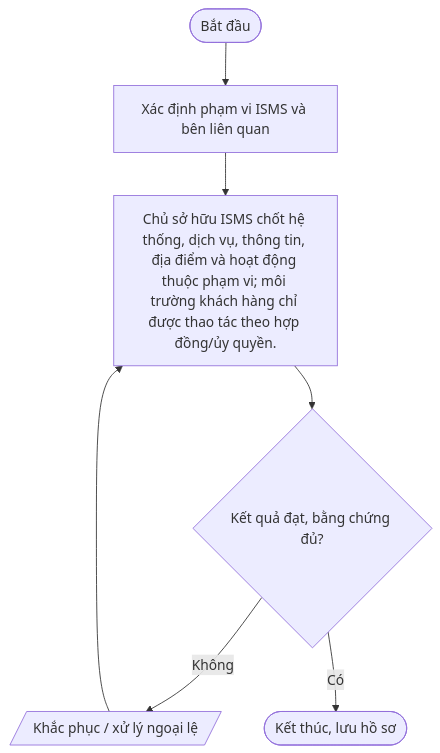
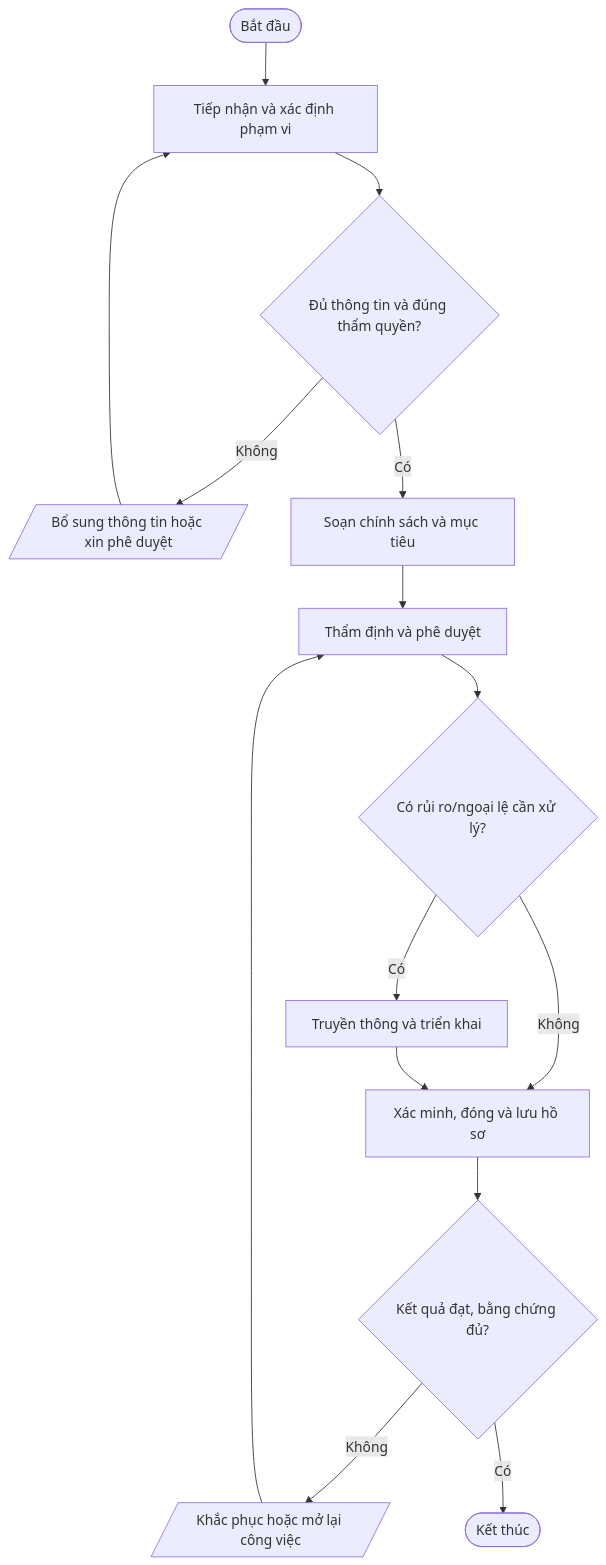
One commit to daoaigiangnam/Quy_Trinh_Chuan changed the first of 7 diagrams in quy-trinh/01-Quan-tri-ISMS/README.md. Above: the diagram before and after it, drawn with Mermaid. The commit also changed other lines of this file, not shown here.

Commit message:
docs: refine detailed procedure steps and Mermaid flowcharts

````diff
--- a/quy-trinh/01-Quan-tri-ISMS/README.md
+++ b/quy-trinh/01-Quan-tri-ISMS/README.md
@@ -50,11 +53,17 @@
 ```mermaid
 flowchart TD
-  A([Bắt đầu]) --> S1
-  S1["Xác định phạm vi ISMS và bên liên quan"]
-  S2["Chủ sở hữu ISMS chốt hệ thống, dịch vụ, thông tin, địa điểm và hoạt động thuộc phạm vi; môi trường khách hàng chỉ được thao tác theo hợp đồng/ủy quyền."]
-  S1 --> S2
-  S2 --> D2{"Kết quả đạt, bằng chứng đủ?"}
-  D2 -- Không --> REWORK[/"Khắc phục / xử lý ngoại lệ"/]
-  REWORK --> S2
-  D2 -- Có --> Z([Kết thúc, lưu hồ sơ])
+  A([Bắt đầu]) --> S1["Tiếp nhận và xác định phạm vi"]
+  S1 --> D1{"Đủ thông tin và đúng thẩm quyền?"}
+  D1 -- Không --> F1[/"Bổ sung thông tin hoặc xin phê duyệt"/]
+  F1 --> S1
+  D1 -- Có --> S2["Soạn chính sách và mục tiêu"]
+  S2 --> S3["Thẩm định và phê duyệt"]
+  S3 --> D2{"Có rủi ro/ngoại lệ cần xử lý?"}
+  D2 -- Có --> S4["Truyền thông và triển khai"]
+  D2 -- Không --> S5["Xác minh, đóng và lưu hồ sơ"]
+  S4 --> S5
+  S5 --> D3{"Kết quả đạt, bằng chứng đủ?"}
+  D3 -- Không --> R[/"Khắc phục hoặc mở lại công việc"/]
+  R --> S3
+  D3 -- Có --> Z([Kết thúc])
 ```
````
